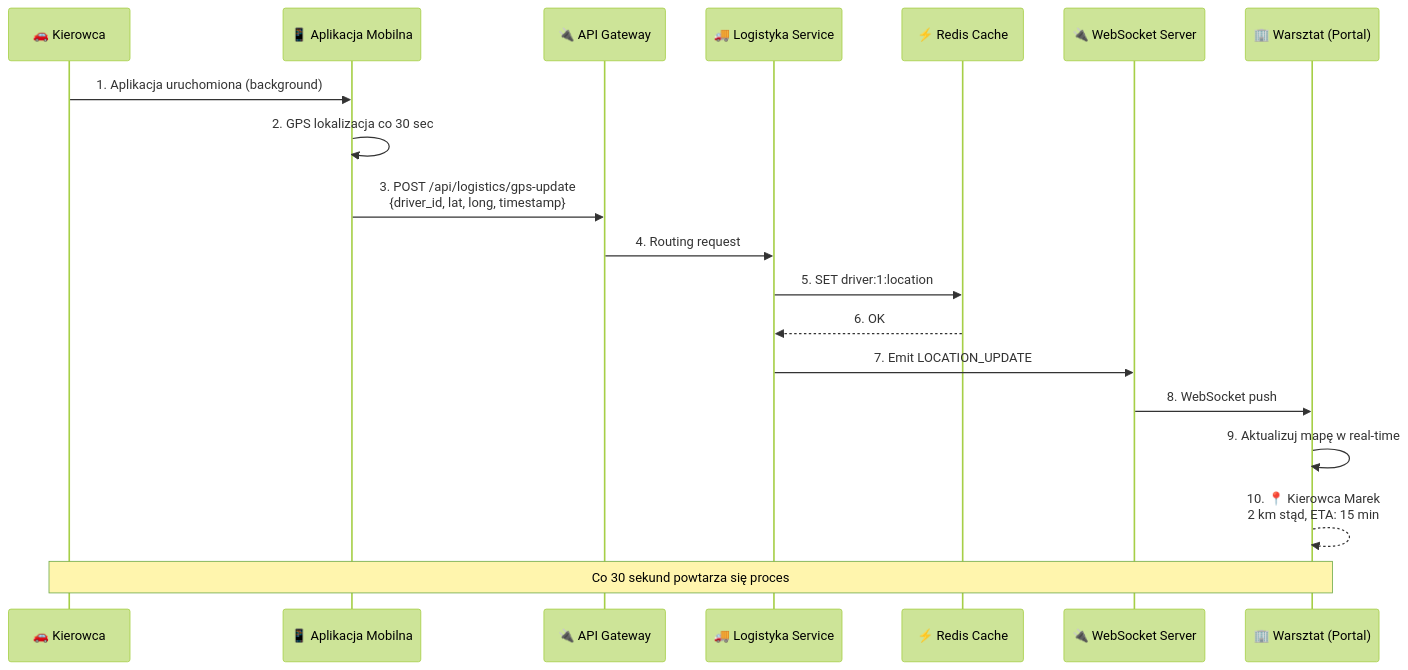
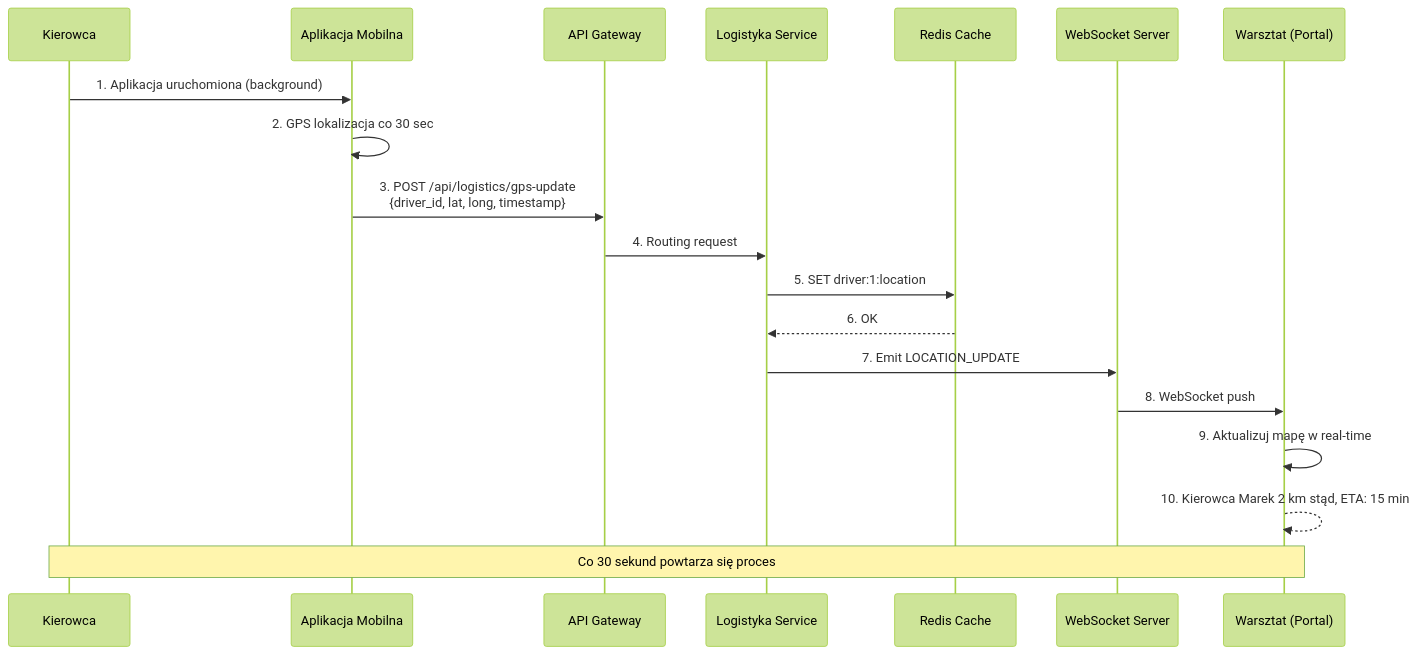
The fifth of 10 diagrams in projekt-magazyn/diagramy_mermaid.md (Jolanta27/Jolanta27), drawn with Mermaid (forest theme) before and after one commit. The commit also changed other lines of this file, not shown here.

Commit message:
Remove all icons/emojis from Mermaid diagrams

````diff
--- a/projekt-magazyn/diagramy_mermaid.md
+++ b/projekt-magazyn/diagramy_mermaid.md
@@ -226,23 +226,23 @@
 ```mermaid
 sequenceDiagram
-    participant Kierowca as 🚗 Kierowca
-    participant Mobile as 📱 Aplikacja Mobilna
-    participant API as 🔌 API Gateway
-    participant Logistyka as 🚚 Logistyka Service
-    participant Cache as ⚡ Redis Cache
-    participant WebSocket as 🔌 WebSocket Server
-    participant Warsztat as 🏢 Warsztat (Portal)
+    participant Kierowca as Kierowca
+    participant Mobile as Aplikacja Mobilna
+    participant API as API Gateway
+    participant Logistyka as Logistyka Service
+    participant Cache as Redis Cache
+    participant WebSocket as WebSocket Server
+    participant Warsztat as Warsztat (Portal)
 
     Kierowca->>Mobile: 1. Aplikacja uruchomiona (background)
     Mobile->>Mobile: 2. GPS lokalizacja co 30 sec
     Mobile->>API: 3. POST /api/logistics/gps-update<br/>{driver_id, lat, long, timestamp}
     API->>Logistyka: 4. Routing request
     Logistyka->>Cache: 5. SET driver:1:location
     Cache-->>Logistyka: 6. OK
     Logistyka->>WebSocket: 7. Emit LOCATION_UPDATE
     WebSocket->>Warsztat: 8. WebSocket push
     Warsztat->>Warsztat: 9. Aktualizuj mapę w real-time
-    Warsztat-->>Warsztat: 10. 📍 Kierowca Marek<br/>2 km stąd, ETA: 15 min
+    Warsztat-->>Warsztat: 10. Kierowca Marek 2 km stąd, ETA: 15 min
 
     Note over Kierowca,Warsztat: Co 30 sekund powtarza się proces
 ```
````
